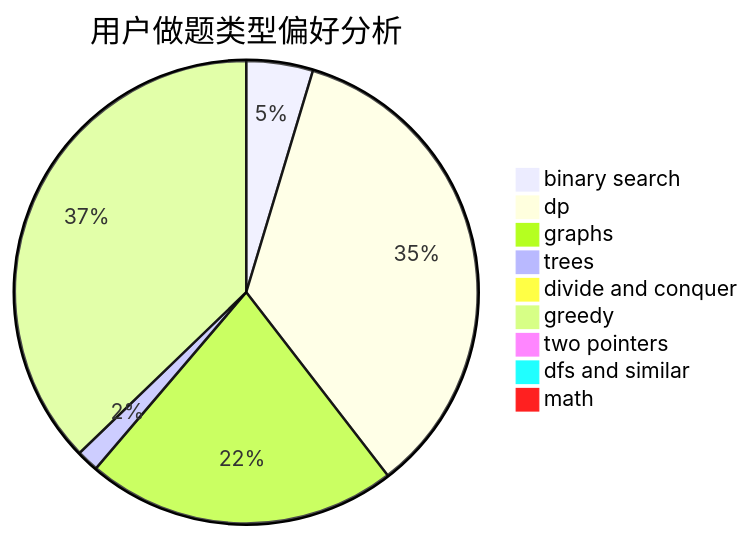
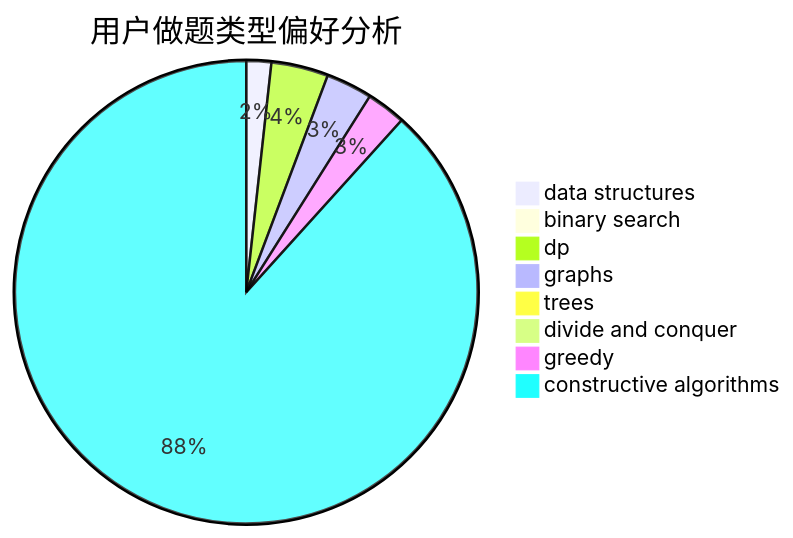
Before and after one commit to sherpahu/cfrs.github.io: the second of 3 diagrams in docs/user/u2430.md, drawn with Mermaid. The commit also changed other lines of this file and 2775 other files, not shown here.

````diff
--- a/docs/user/u2430.md
+++ b/docs/user/u2430.md
@@ -23,12 +23,11 @@
 ```mermaid
 pie title 用户做题类型偏好分析
-    "binary search" :  6
-    "dp" :  45
-    "graphs" :  28
+    "data structures" :  7
+    "binary search" :  0
+    "dp" :  16
+    "graphs" :  13
     "trees" :  2
     "divide and conquer" :  0
-    "greedy" :  48
-    "two pointers" :  0
-    "dfs and similar" :  0
-    "math" :  0
+    "greedy" :  11
+    "constructive algorithms" :  355
 ```
````
